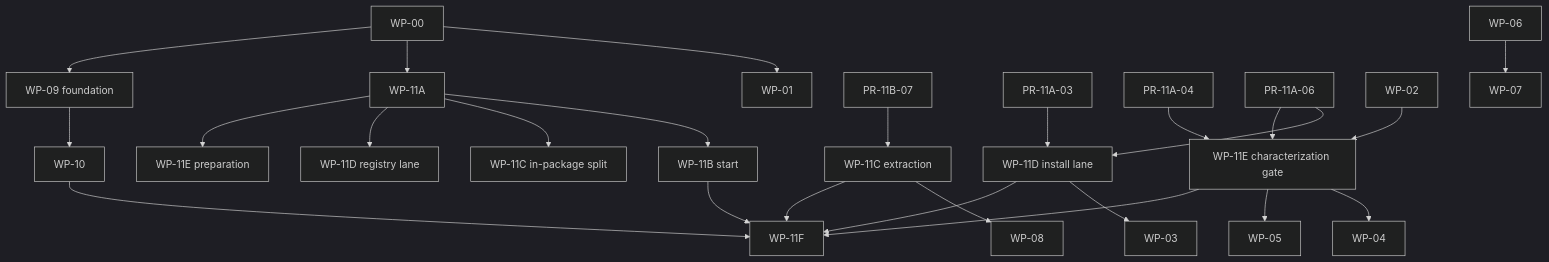
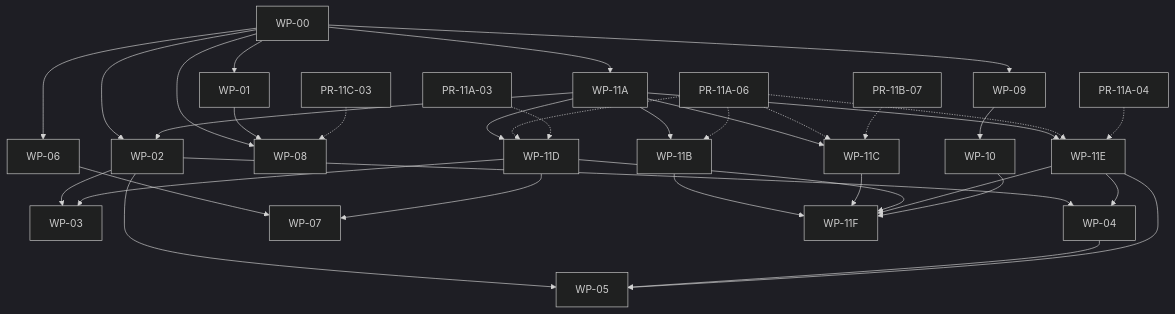
Before and after one commit to applicate2628/mcp-local-hub: the diagram in docs/modernization/roadmap.md, drawn with Mermaid (dark theme). The commit also changed other lines of this file, not shown here.

Commit message:
docs(modernization): synchronize decision and delta gates

````diff
--- a/docs/modernization/roadmap.md
+++ b/docs/modernization/roadmap.md
@@ -50,27 +54,38 @@
 ```mermaid
 graph TD
     W0[WP-00] --> W1[WP-01]
+    W0 --> W2[WP-02]
+    W0 --> W6[WP-06]
+    W0 --> W8[WP-08]
+    W0 --> W9[WP-09]
     W0 --> A[WP-11A]
-    W0 --> W9[WP-09 foundation]
-    A --> B[WP-11B start]
-    A --> C0[WP-11C in-package split]
-    A --> D0[WP-11D registry lane]
-    A --> E0[WP-11E preparation]
-    B7[PR-11B-07] --> C1[WP-11C extraction]
-    A3[PR-11A-03] --> D1[WP-11D install lane]
-    A4[PR-11A-04] --> E1[WP-11E characterization gate]
-    A6[PR-11A-06] --> D1
-    A6 --> E1
-    W2[WP-02] --> E1
-    C1 --> W8[WP-08]
-    D1 --> W3[WP-03]
-    E1 --> W4[WP-04]
-    E1 --> W5[WP-05]
-    W6[WP-06] --> W7[WP-07]
+    A --> W2
+    A --> B[WP-11B]
+    A --> C[WP-11C]
+    A --> D[WP-11D]
+    A --> E[WP-11E]
+    W2 --> W3[WP-03]
+    D --> W3
+    W2 --> W4[WP-04]
+    E --> W4
+    W2 --> W5[WP-05]
+    W4 --> W5
+    E --> W5
+    W6 --> W7[WP-07]
+    D --> W7
+    W1 --> W8
     W9 --> W10[WP-10]
     B --> F[WP-11F]
-    C1 --> F
-    D1 --> F
-    E1 --> F
+    C --> F
+    D --> F
+    E --> F
     W10 --> F
+    A6[PR-11A-06] -.-> B
+    A6 -.-> C
+    A6 -.-> D
+    A6 -.-> E
+    B7[PR-11B-07] -.-> C
+    A3[PR-11A-03] -.-> D
+    A4[PR-11A-04] -.-> E
+    C3[PR-11C-03] -.-> W8
 ```
````
